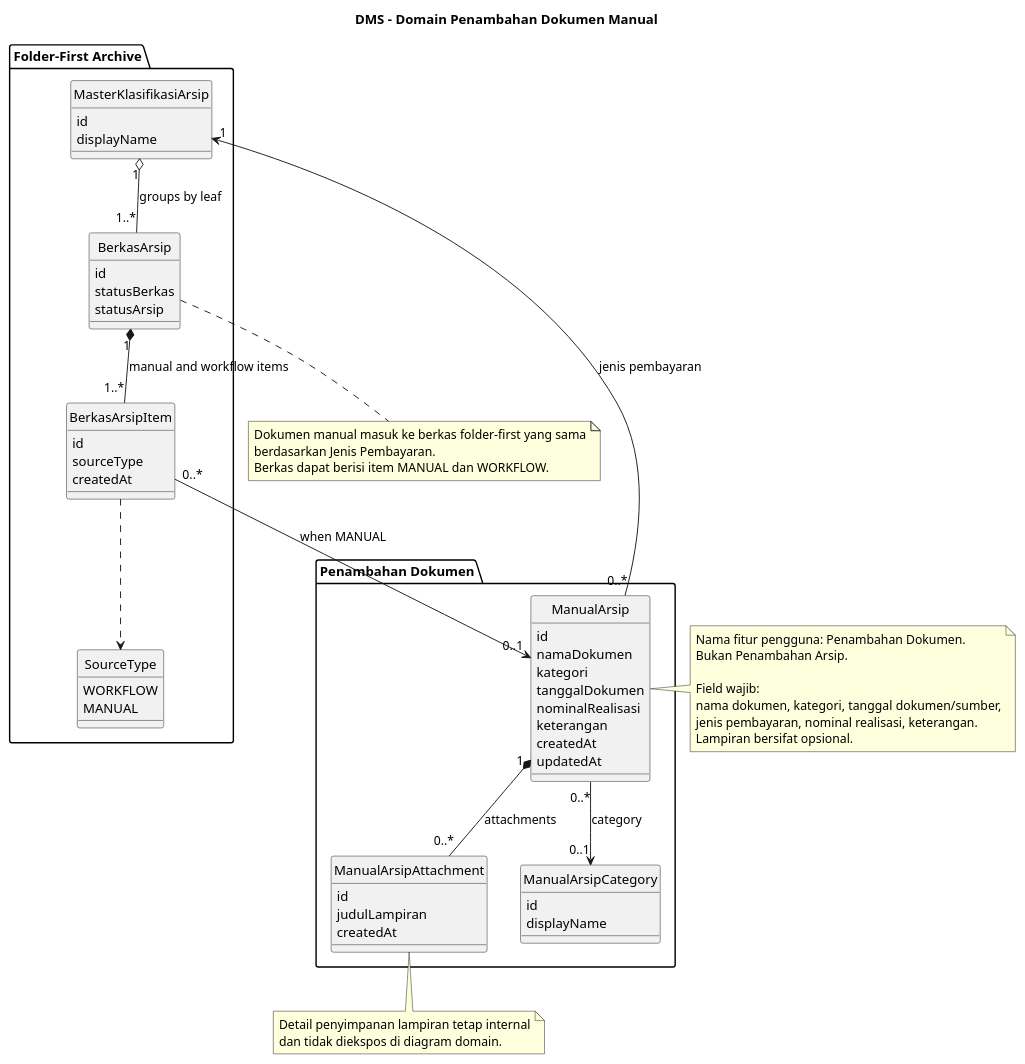
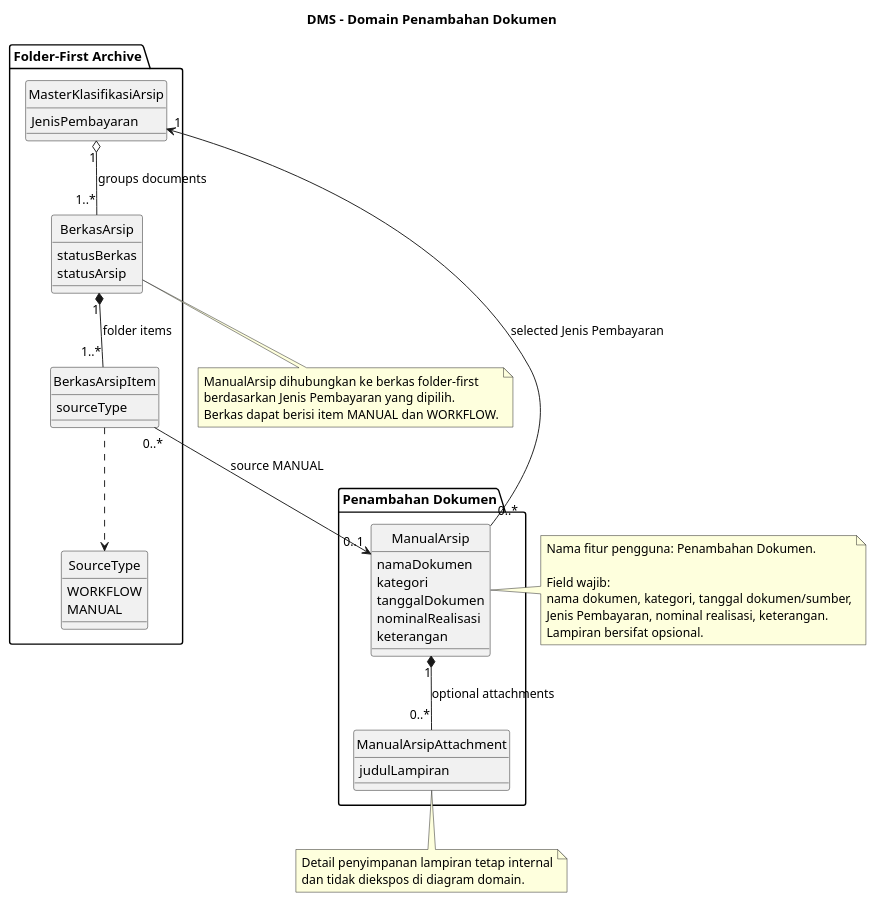
Before and after one commit to BingoAndBro/kepser-postgres-migration: the diagram in docs/diagrams/domain/manual-archive-domain.puml, drawn with PlantUML. The commit also changed 8 other files, not shown here.

Commit message:
Refine DMS PlantUML diagram sources

```diff
--- a/docs/diagrams/domain/manual-archive-domain.puml
+++ b/docs/diagrams/domain/manual-archive-domain.puml
@@ -1,84 +1,68 @@
 @startuml
-title DMS - Domain Penambahan Dokumen Manual
+title DMS - Domain Penambahan Dokumen
 
 skinparam classAttributeIconSize 0
 hide circle
 
 package "Penambahan Dokumen" {
   class ManualArsip {
-    id
     namaDokumen
     kategori
     tanggalDokumen
     nominalRealisasi
     keterangan
-    createdAt
-    updatedAt
   }
 
   class ManualArsipAttachment {
-    id
     judulLampiran
-    createdAt
-  }
-
-  class ManualArsipCategory {
-    id
-    displayName
   }
 }
 
 package "Folder-First Archive" {
   class MasterKlasifikasiArsip {
-    id
-    displayName
+    JenisPembayaran
   }
 
   class BerkasArsip {
-    id
     statusBerkas
     statusArsip
   }
 
   class BerkasArsipItem {
-    id
     sourceType
-    createdAt
   }
 
   enum SourceType {
     WORKFLOW
     MANUAL
   }
 }
 
-ManualArsip "1" *-- "0..*" ManualArsipAttachment : attachments
-ManualArsip "0..*" --> "0..1" ManualArsipCategory : category
-ManualArsip "0..*" --> "1" MasterKlasifikasiArsip : jenis pembayaran
-MasterKlasifikasiArsip "1" o-- "1..*" BerkasArsip : groups by leaf
-BerkasArsip "1" *-- "1..*" BerkasArsipItem : manual and workflow items
-BerkasArsipItem "0..*" --> "0..1" ManualArsip : when MANUAL
+ManualArsip "1" *-- "0..*" ManualArsipAttachment : optional attachments
+ManualArsip "0..*" --> "1" MasterKlasifikasiArsip : selected Jenis Pembayaran
+MasterKlasifikasiArsip "1" o-- "1..*" BerkasArsip : groups documents
+BerkasArsip "1" *-- "1..*" BerkasArsipItem : folder items
+BerkasArsipItem "0..*" --> "0..1" ManualArsip : source MANUAL
 BerkasArsipItem ..> SourceType
 
 note right of ManualArsip
   Nama fitur pengguna: Penambahan Dokumen.
-  Bukan Penambahan Arsip.
 
   Field wajib:
   nama dokumen, kategori, tanggal dokumen/sumber,
-  jenis pembayaran, nominal realisasi, keterangan.
+  Jenis Pembayaran, nominal realisasi, keterangan.
   Lampiran bersifat opsional.
 end note
 
 note bottom of BerkasArsip
-  Dokumen manual masuk ke berkas folder-first yang sama
-  berdasarkan Jenis Pembayaran.
+  ManualArsip dihubungkan ke berkas folder-first
+  berdasarkan Jenis Pembayaran yang dipilih.
   Berkas dapat berisi item MANUAL dan WORKFLOW.
 end note
 
 note bottom of ManualArsipAttachment
   Detail penyimpanan lampiran tetap internal
   dan tidak diekspos di diagram domain.
 end note
 
 @enduml
```
